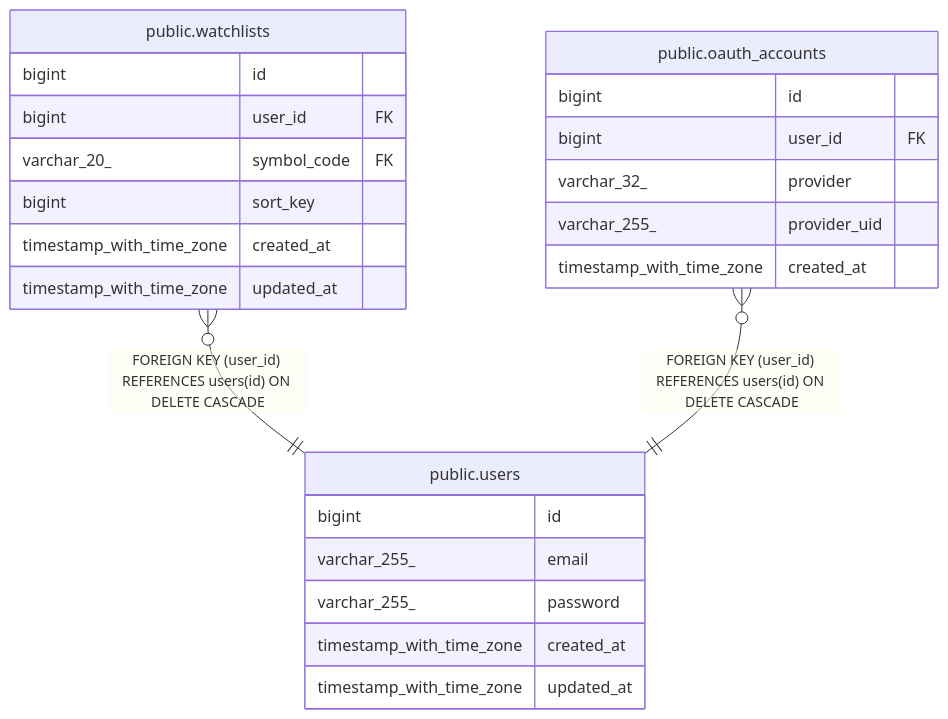
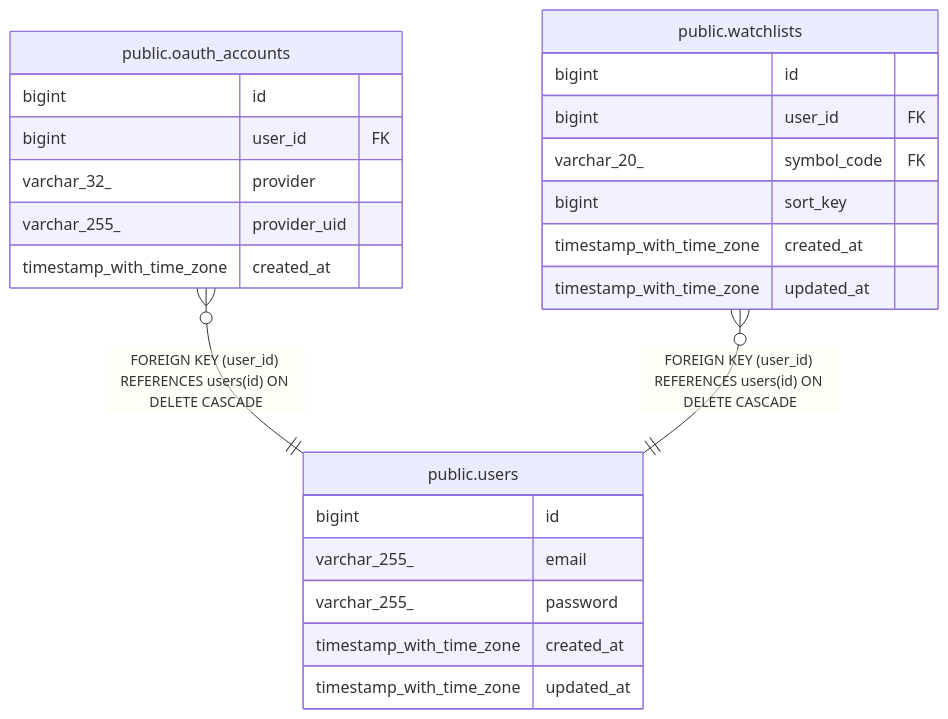
The diagram in docs/schema/public.users.md (UCHIDAnobuhiro/stock_backend), drawn with Mermaid before and after one commit. The commit also changed other lines of this file and 3 other files, not shown here.

````diff
--- a/docs/schema/public.users.md
+++ b/docs/schema/public.users.md
@@ -28,29 +28,29 @@
 ```mermaid
 erDiagram
 
+"public.oauth_accounts" }o--|| "public.users" : "FOREIGN KEY (user_id) REFERENCES users(id) ON DELETE CASCADE"
 "public.watchlists" }o--|| "public.users" : "FOREIGN KEY (user_id) REFERENCES users(id) ON DELETE CASCADE"
-"public.oauth_accounts" }o--|| "public.users" : "FOREIGN KEY (user_id) REFERENCES users(id) ON DELETE CASCADE"
 
 "public.users" {
   bigint id ""
   varchar_255_ email ""
   varchar_255_ password ""
-  timestamp_with_time_zone created_at ""
-  timestamp_with_time_zone updated_at ""
-}
-"public.watchlists" {
-  bigint id ""
-  bigint user_id FK ""
-  varchar_20_ symbol_code FK ""
-  bigint sort_key ""
   timestamp_with_time_zone created_at ""
   timestamp_with_time_zone updated_at ""
 }
 "public.oauth_accounts" {
   bigint id ""
   bigint user_id FK ""
   varchar_32_ provider ""
   varchar_255_ provider_uid ""
   timestamp_with_time_zone created_at ""
 }
+"public.watchlists" {
+  bigint id ""
+  bigint user_id FK ""
+  varchar_20_ symbol_code FK ""
+  bigint sort_key ""
+  timestamp_with_time_zone created_at ""
+  timestamp_with_time_zone updated_at ""
+}
 ```
````
